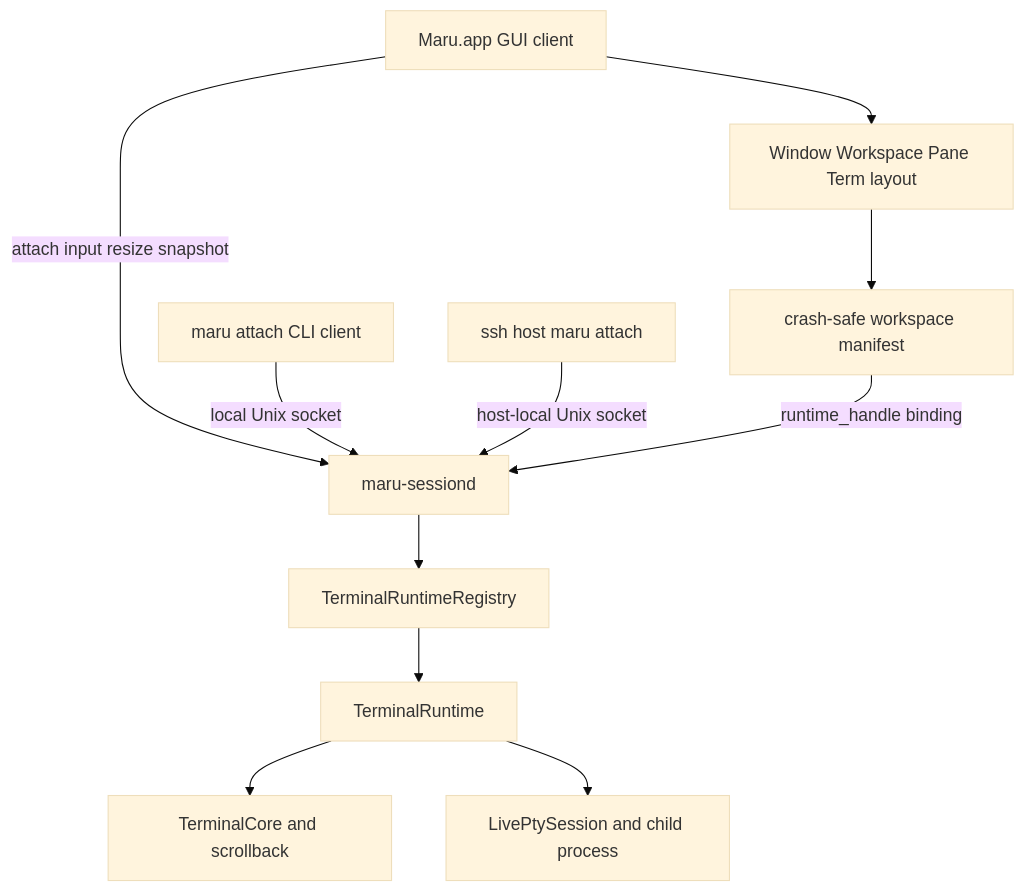
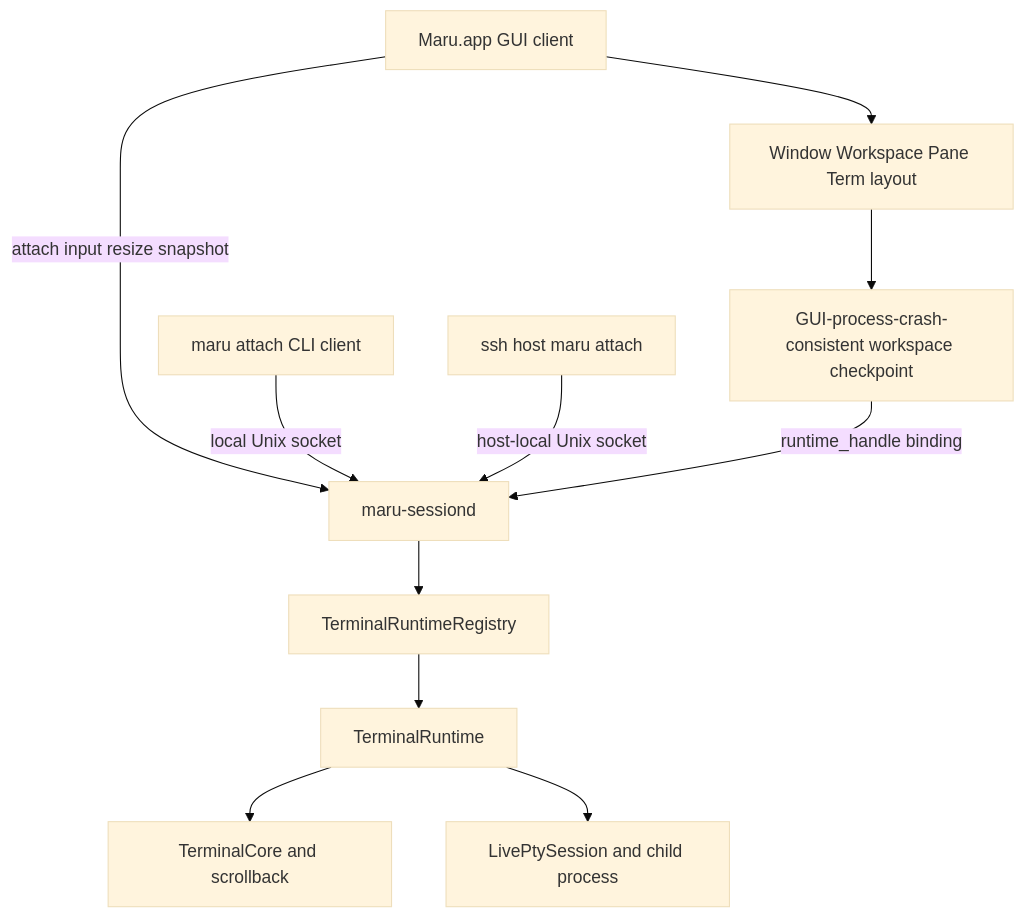
Before and after one commit to ohah/maru: the first of 2 diagrams in docs/persistent-session-host.md, drawn with Mermaid (base theme). The commit also changed other lines of this file and 11 other files, not shown here.

````diff
--- a/docs/persistent-session-host.md
+++ b/docs/persistent-session-host.md
@@ -122,13 +124,13 @@
 ```mermaid
 flowchart TD
   GUI["Maru.app GUI client"] -->|"attach input resize snapshot"| HOST["maru-sessiond"]
   CLI["maru attach CLI client"] -->|"local Unix socket"| HOST
   SSH["ssh host maru attach"] -->|"host-local Unix socket"| HOST
   GUI --> LAYOUT["Window Workspace Pane Term layout"]
-  LAYOUT --> MANIFEST["crash-safe workspace manifest"]
+  LAYOUT --> MANIFEST["GUI-process-crash-consistent workspace checkpoint"]
   MANIFEST -->|"runtime_handle binding"| HOST
   HOST --> REG["TerminalRuntimeRegistry"]
   REG --> RT["TerminalRuntime"]
   RT --> CORE["TerminalCore and scrollback"]
   RT --> PTY["LivePtySession and child process"]
 ```
````
